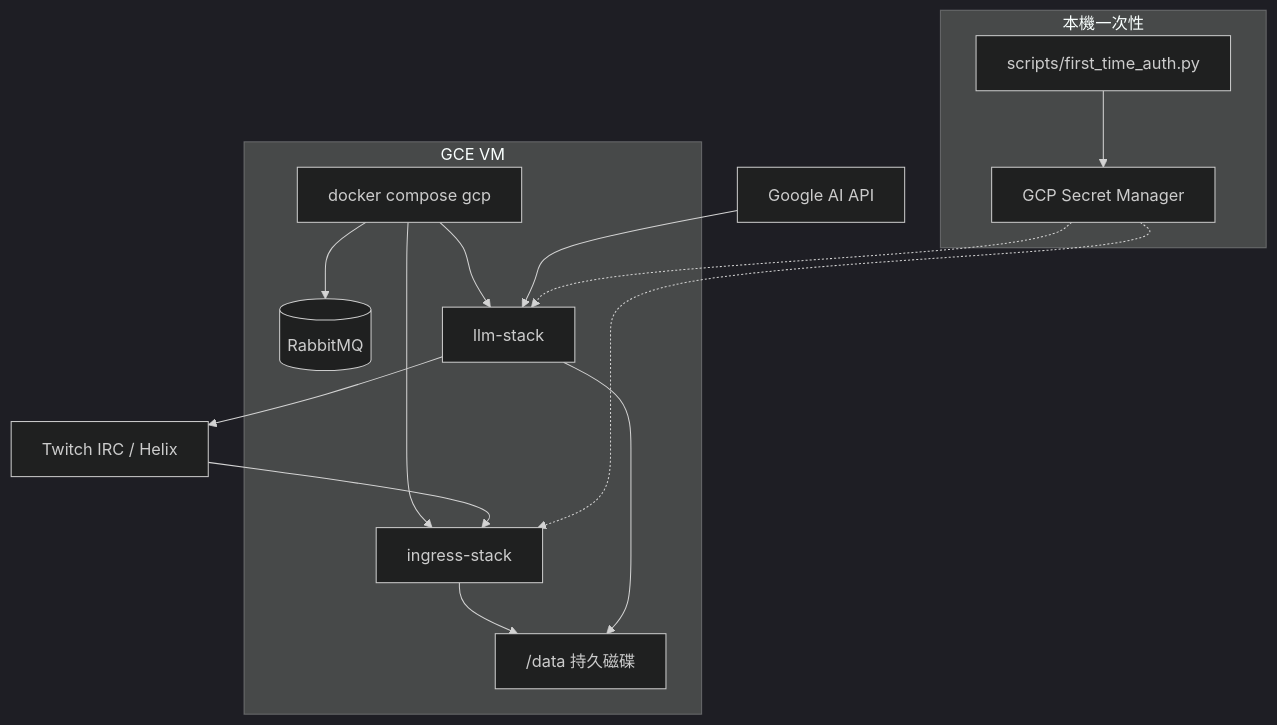
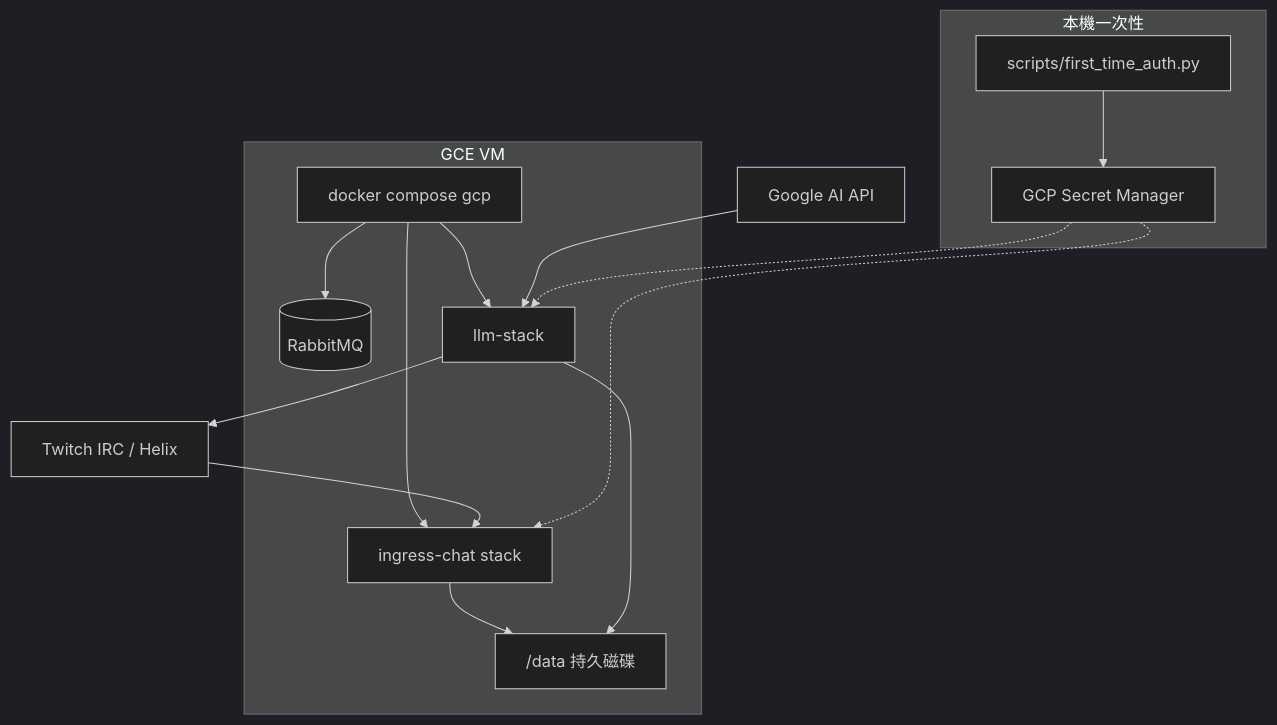
The diagram in docs/deployment-gcp.md (skymiku39/streamer_toolbox), drawn with Mermaid (dark theme) before and after one commit. The commit also changed other lines of this file and 7 other files, not shown here.

````diff
--- a/docs/deployment-gcp.md
+++ b/docs/deployment-gcp.md
@@ -14,27 +16,27 @@
 ```mermaid
 flowchart TB
     subgraph local [本機一次性]
         OAuth["scripts/first_time_auth.py"]
         Secret["GCP Secret Manager"]
         OAuth --> Secret
     end
 
     subgraph gce [GCE VM]
         Compose["docker compose gcp"]
         MQ[(RabbitMQ)]
-        Ing[ingress-stack]
+        Ing[ingress-chat stack]
         Llm[llm-stack]
         Data["/data 持久磁碟"]
         Compose --> MQ
         Compose --> Ing
         Compose --> Llm
         Ing --> Data
         Llm --> Data
     end
 
     Twitch[Twitch IRC / Helix] --> Ing
     Llm --> Twitch
     Gemini[Google AI API] --> Llm
     Secret -.-> Ing
     Secret -.-> Llm
 ```
````
